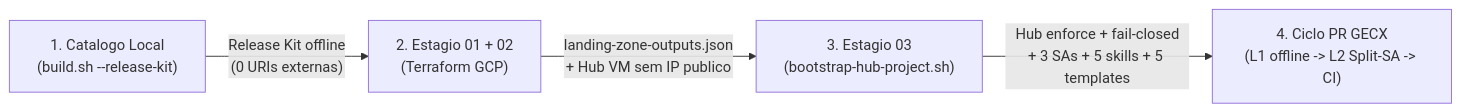
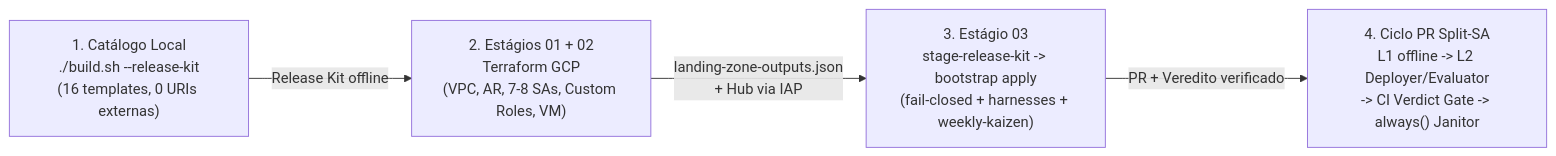
Before and after one commit to carlosmscabral/gcp-fde-factories: the first of 2 diagrams in docs/HANDS_ON_WALKTHROUGH.md, drawn with Mermaid. The commit also changed other lines of this file and 79 other files, not shown here.

````diff
--- a/docs/HANDS_ON_WALKTHROUGH.md
+++ b/docs/HANDS_ON_WALKTHROUGH.md
@@ -7,6 +9,6 @@
 ```mermaid
 flowchart LR
-    A["1. Catalogo Local<br/>(build.sh --release-kit)"] -->|"Release Kit offline<br/>(0 URIs externas)"| B["2. Estagio 01 + 02<br/>(Terraform GCP)"]
-    B -->|"landing-zone-outputs.json<br/>+ Hub VM sem IP publico"| C["3. Estagio 03<br/>(bootstrap-hub-project.sh)"]
-    C -->|"Hub enforce + fail-closed<br/>+ 3 SAs + 5 skills + 5 templates"| D["4. Ciclo PR GECX<br/>(L1 offline -> L2 Split-SA -> CI)"]
+    A["1. Catálogo Local<br/>./build.sh --release-kit<br/>(16 templates, 0 URIs externas)"] -->|"Release Kit offline"| B["2. Estágios 01 + 02<br/>Terraform GCP<br/>(VPC, AR, 7-8 SAs, Custom Roles, VM)"]
+    B -->|"landing-zone-outputs.json<br/>+ Hub via IAP"| C["3. Estágio 03<br/>stage-release-kit -> bootstrap apply<br/>(fail-closed + harnesses + weekly-kaizen)"]
+    C -->|"PR + Veredito verificado"| D["4. Ciclo PR Split-SA<br/>L1 offline -> L2 Deployer/Evaluator<br/>-> CI Verdict Gate -> always() Janitor"]
 ```
````
